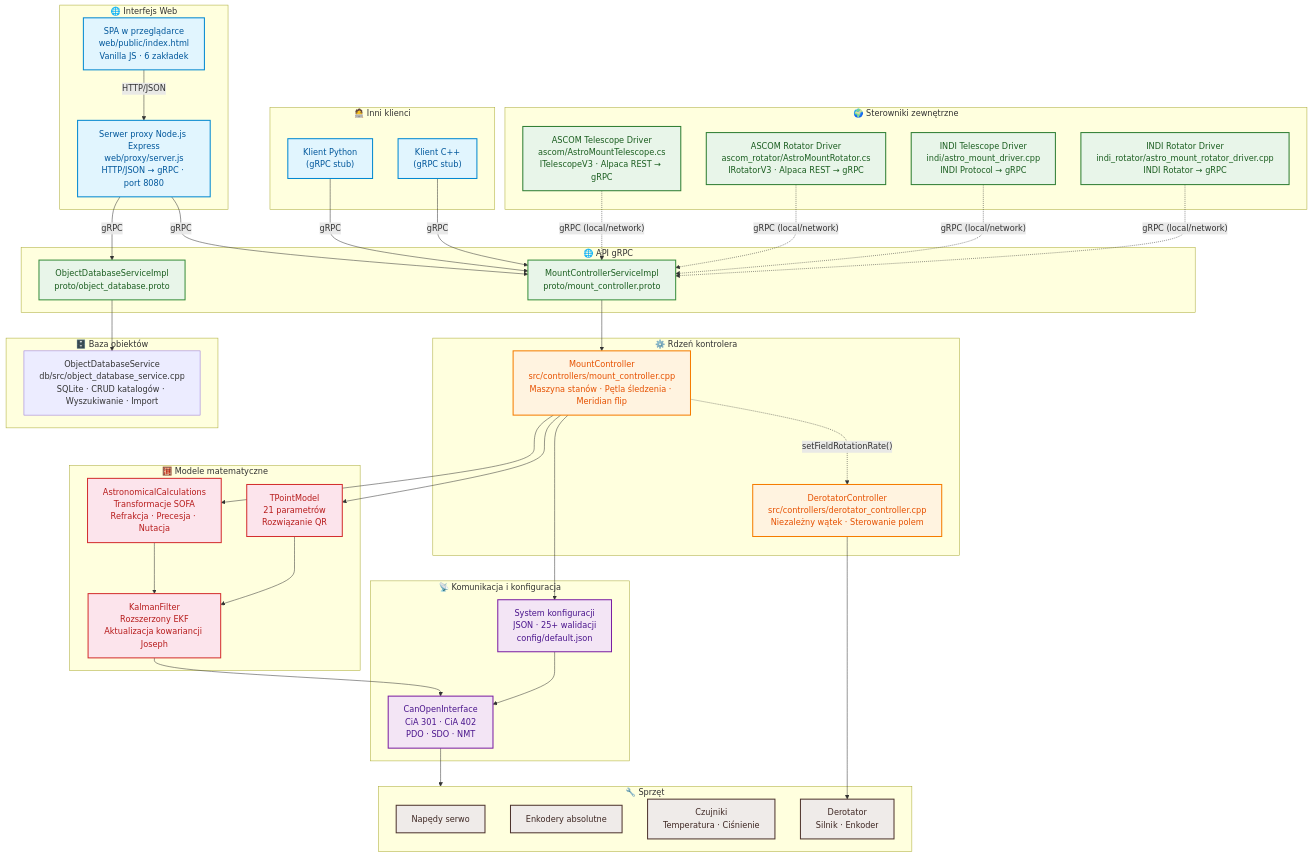
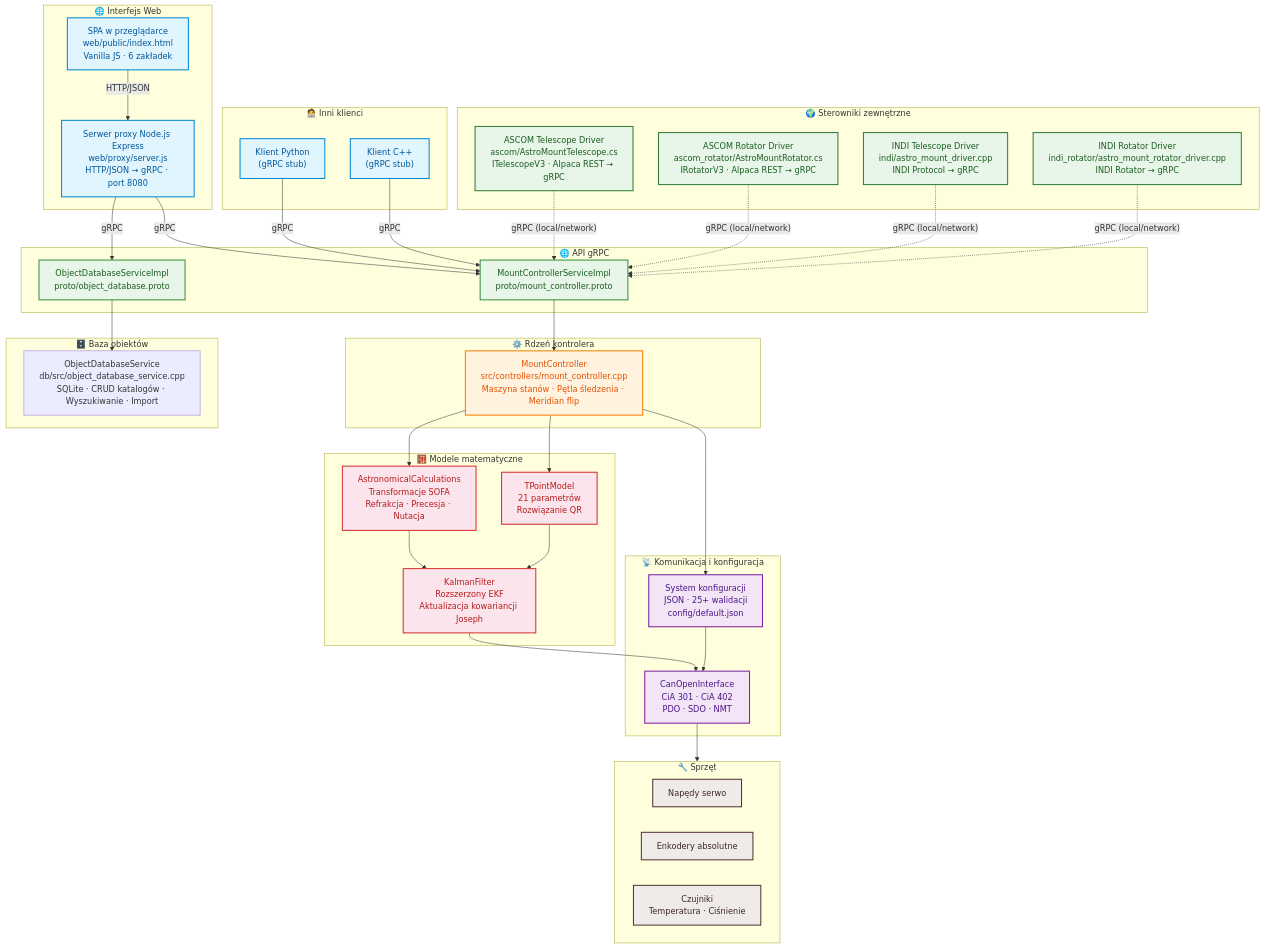
Before and after one commit to pielaszkiewicz-jacek/astro_mount_control: the first of 2 diagrams in docs/pl/index.md, drawn with Mermaid. The commit also changed other lines of this file and 94 other files, not shown here.

````diff
--- a/docs/pl/index.md
+++ b/docs/pl/index.md
@@ -70,7 +70,6 @@
 
     subgraph CORE["⚙️ Rdzeń kontrolera"]
         MC["MountController<br/>src/controllers/mount_controller.cpp<br/>Maszyna stanów · Pętla śledzenia · Meridian flip"]
-        DC["DerotatorController<br/>src/controllers/derotator_controller.cpp<br/>Niezależny wątek · Sterowanie polem"]
     end
 
     subgraph MODELS["🧮 Modele matematyczne"]
@@ -99,7 +98,6 @@
         HW1["Napędy serwo"]
         HW2["Enkodery absolutne"]
         HW3["Czujniki<br/>Temperatura · Ciśnienie"]
-        DEROT_HW["Derotator<br/>Silnik · Enkoder"]
     end
 
     SPA -->|"HTTP/JSON"| PROXY
@@ -112,13 +110,11 @@
     MC --> ASTRO
     MC --> TPOINT
     MC --> CONFIG
-    MC -.->|"setFieldRotationRate()"| DC
     ASTRO --> KF
     TPOINT --> KF
     KF --> CAN
     CONFIG --> CAN
     CAN --> HW
-    DC --> DEROT_HW
 
     ASCOM_TEL -.->|"gRPC (local/network)"| GRPC
     ASCOM_ROT -.->|"gRPC (local/network)"| GRPC
@@ -128,8 +124,8 @@
     class SPA,PROXY client
     class PY,CPP client
     class GRPC,DB_GRPC api
-    class MC,DC core
+    class MC core
     class ASTRO,TPOINT,KF model
     class CAN,CONFIG comm
-    class HW1,HW2,HW3,DEROT_HW hw
+    class HW1,HW2,HW3 hw
 ```
````
